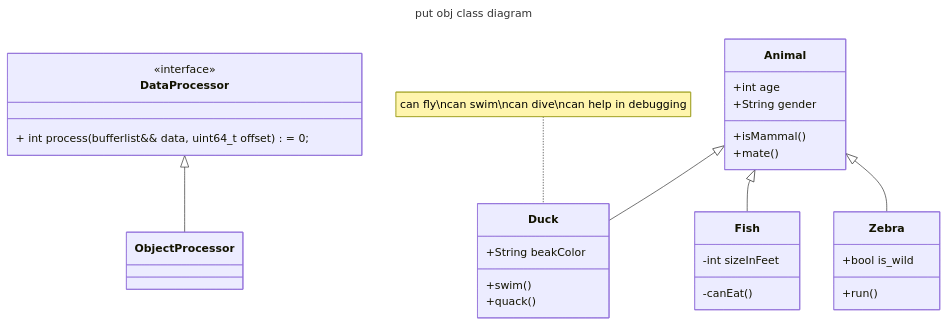
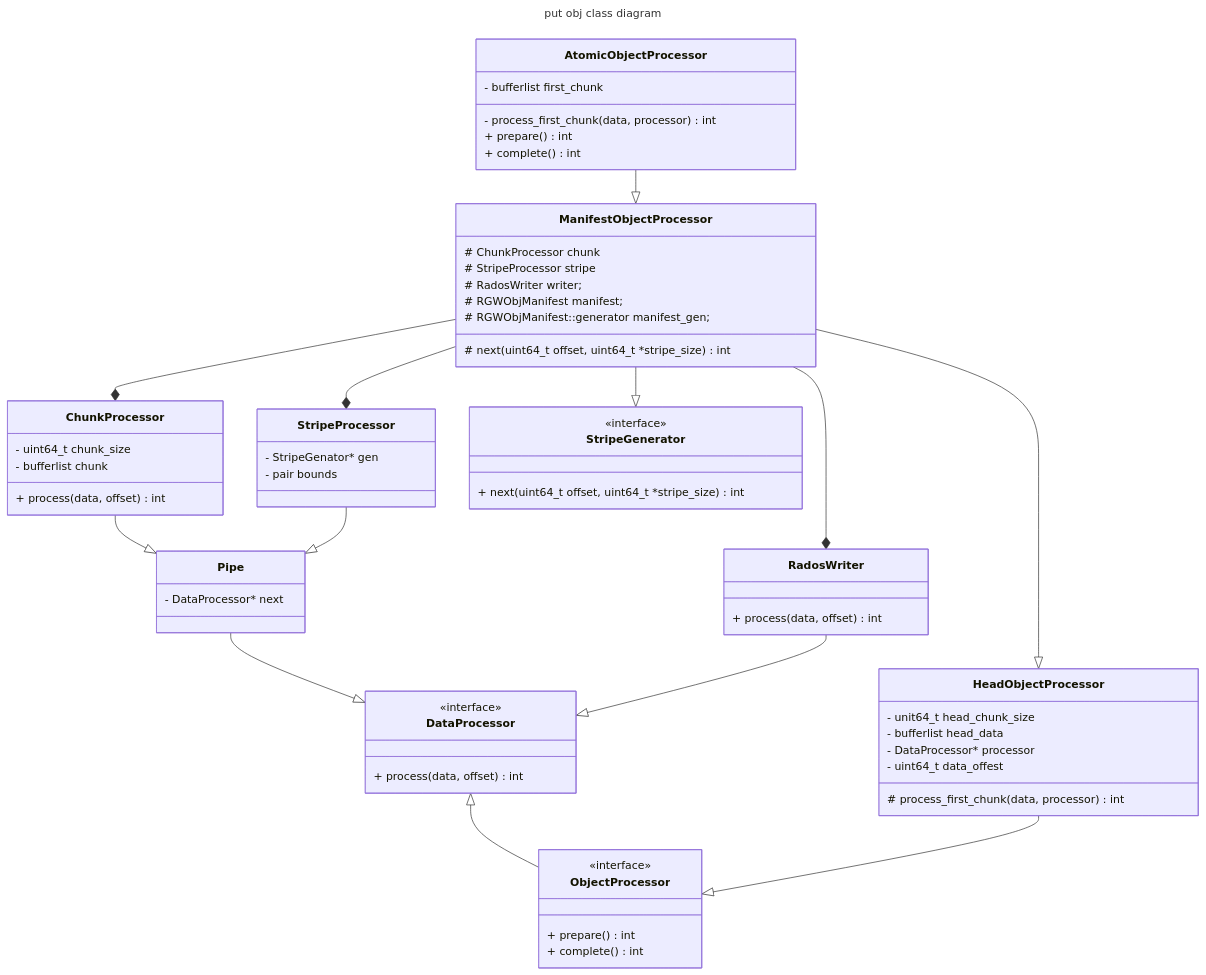
The diagram in source/_posts/rgw-put-obj-atomic.md (liutimo/liutimo.github.io), drawn with Mermaid before and after one commit. The commit also changed other lines of this file and 1 other file, not shown here.

Commit message:
文章url使用hash的方式

````diff
--- a/source/_posts/rgw-put-obj-atomic.md
+++ b/source/_posts/rgw-put-obj-atomic.md
@@ -17,32 +17,80 @@
 ```mermaid
 ---
 title: put obj class diagram
+theme: default
 ---
 classDiagram
-    class DataProcessor {
-      <<interface>>
-      + int process(bufferlist&& data, uint64_t offset) = 0;
-    }
-    DataProcessor <|-- ObjectProcessor
-    Animal <|-- Duck
-    note for Duck "can fly\ncan swim\ncan dive\ncan help in debugging"
-    Animal <|-- Fish
-    Animal <|-- Zebra
-    Animal : +int age
-    Animal : +String gender
-    Animal: +isMammal()
-    Animal: +mate()
-    class Duck{
-        +String beakColor
-        +swim()
-        +quack()
-    }
-    class Fish{
-        -int sizeInFeet
-        -canEat()
-    }
-    class Zebra{
-        +bool is_wild
-        +run()
-    }
+  class DataProcessor {
+    <<interface>>
+    + process(data, offset) int
+  }
+  class ObjectProcessor {
+    <<interface>>
+    + prepare() int
+    + complete() int
+  }
+  DataProcessor <|-- ObjectProcessor
+
+  class Pipe {
+    - DataProcessor* next
+  }
+
+  Pipe --|> DataProcessor
+
+  class ChunkProcessor {
+    - uint64_t chunk_size
+    - bufferlist chunk
+    + process(data, offset) int
+  }
+
+  class StripeProcessor {
+    - StripeGenator* gen
+    - pair<uint64_t, uint64_t> bounds
+  }
+
+  ChunkProcessor --|> Pipe
+  StripeProcessor --|> Pipe
+
+  class RadosWriter {
+    + process(data, offset) int
+  }
+  RadosWriter --|> DataProcessor
+
+  class HeadObjectProcessor {
+    - unit64_t head_chunk_size 
+    - bufferlist head_data
+    - DataProcessor* processor
+    - uint64_t data_offest
+    # process_first_chunk(data, processor) int
+  }
+  HeadObjectProcessor --|> ObjectProcessor
+
+  class StripeGenerator {
+    <<interface>>
+    + next(uint64_t offset, uint64_t *stripe_size) int
+  }
+
+  class ManifestObjectProcessor {
+    # ChunkProcessor chunk
+    # StripeProcessor stripe
+    # RadosWriter writer;
+    # RGWObjManifest manifest;
+    # RGWObjManifest::generator manifest_gen;
+    # next(uint64_t offset, uint64_t *stripe_size) int
+  }
+  ManifestObjectProcessor --* RadosWriter
+  ManifestObjectProcessor --* ChunkProcessor
+  ManifestObjectProcessor --* StripeProcessor
+
+  ManifestObjectProcessor --|> StripeGenerator
+  ManifestObjectProcessor --|> HeadObjectProcessor
+
+  class AtomicObjectProcessor {
+    - bufferlist first_chunk
+    - process_first_chunk(data, processor) int
+    + prepare() int
+    + complete() int
+  }
+
+  AtomicObjectProcessor --|> ManifestObjectProcessor
 ```
````
